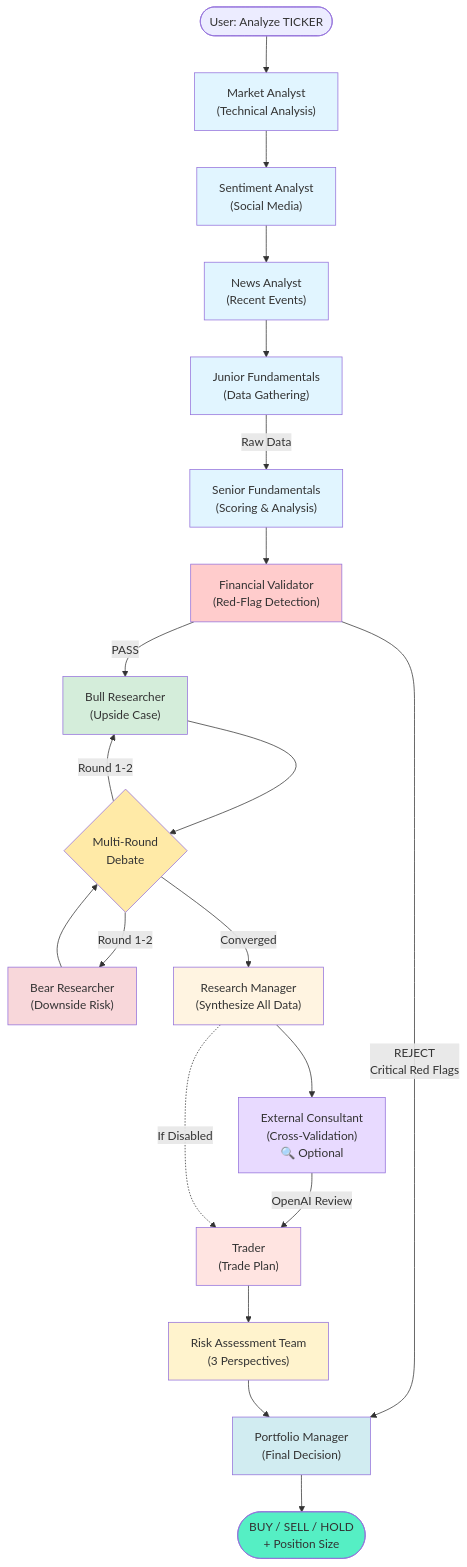
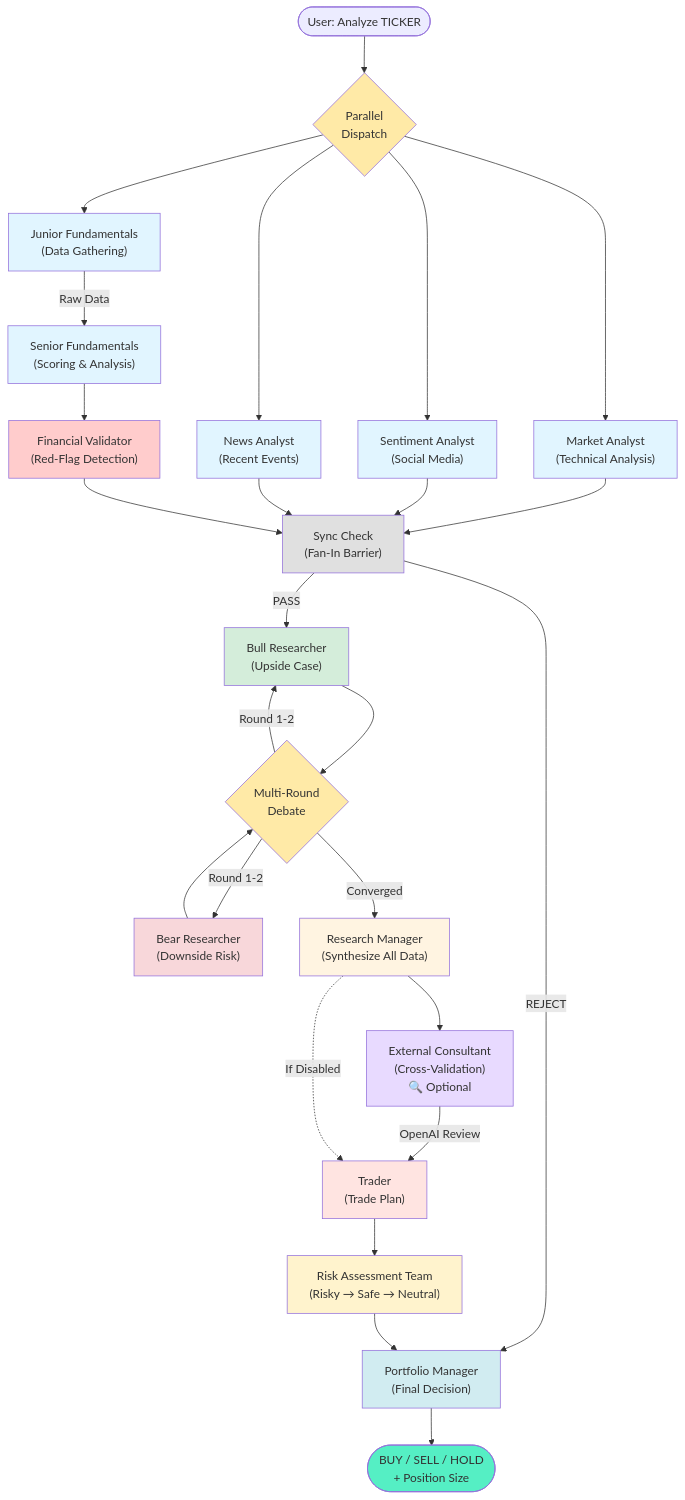
The diagram in README.md (rgoerwit/ai-investment-agent), drawn with Mermaid before and after one commit. The commit also changed other lines of this file and 4 other files, not shown here.

````diff
--- a/README.md
+++ b/README.md
@@ -40,48 +40,60 @@
 ```mermaid
 graph TB
-    Start([User: Analyze TICKER]) --> MarketAnalyst["Market Analyst<br/>(Technical Analysis)"]
+    Start([User: Analyze TICKER]) --> Dispatcher{Parallel<br/>Dispatch}
 
-    MarketAnalyst --> SentimentAnalyst["Sentiment Analyst<br/>(Social Media)"]
-    SentimentAnalyst --> NewsAnalyst["News Analyst<br/>(Recent Events)"]
-    NewsAnalyst --> JuniorFund["Junior Fundamentals<br/>(Data Gathering)"]
+    %% Parallel Fan-Out: 4 branches run simultaneously
+    Dispatcher --> MarketAnalyst["Market Analyst<br/>(Technical Analysis)"]
+    Dispatcher --> SentimentAnalyst["Sentiment Analyst<br/>(Social Media)"]
+    Dispatcher --> NewsAnalyst["News Analyst<br/>(Recent Events)"]
+    Dispatcher --> JuniorFund["Junior Fundamentals<br/>(Data Gathering)"]
+
+    %% Each analyst has tool-calling loop (simplified)
+    MarketAnalyst --> SyncCheck["Sync Check<br/>(Fan-In Barrier)"]
+    SentimentAnalyst --> SyncCheck
+    NewsAnalyst --> SyncCheck
+
+    %% Fundamentals chain is longer
     JuniorFund -->|Raw Data| SeniorFund["Senior Fundamentals<br/>(Scoring & Analysis)"]
+    SeniorFund --> Validator["Financial Validator<br/>(Red-Flag Detection)"]
+    Validator --> SyncCheck
 
-    SeniorFund --> Validator["Financial Validator<br/>(Red-Flag Detection)"]
-
-    Validator -->|REJECT<br/>Critical Red Flags| PortfolioManager["Portfolio Manager<br/>(Final Decision)"]
-    Validator -->|PASS| BullResearcher["Bull Researcher<br/>(Upside Case)"]
+    %% After all 4 branches complete
+    SyncCheck -->|REJECT| PortfolioManager["Portfolio Manager<br/>(Final Decision)"]
+    SyncCheck -->|PASS| BullResearcher["Bull Researcher<br/>(Upside Case)"]
 
     BullResearcher --> Debate{Multi-Round<br/>Debate}
     BearResearcher["Bear Researcher<br/>(Downside Risk)"] --> Debate
 
     Debate -->|Round 1-2| BullResearcher
     Debate -->|Round 1-2| BearResearcher
     Debate -->|Converged| ResearchManager["Research Manager<br/>(Synthesize All Data)"]
 
     ResearchManager --> Consultant["External Consultant<br/>(Cross-Validation)<br/>🔍 Optional"]
 
     Consultant -->|OpenAI Review| Trader["Trader<br/>(Trade Plan)"]
     ResearchManager -.->|If Disabled| Trader
 
-    Trader --> RiskTeam["Risk Assessment Team<br/>(3 Perspectives)"]
+    Trader --> RiskTeam["Risk Assessment Team<br/>(Risky → Safe → Neutral)"]
 
     RiskTeam --> PortfolioManager
 
     PortfolioManager --> Decision([BUY / SELL / HOLD<br/>+ Position Size])
 
+    style Dispatcher fill:#ffeaa7
     style MarketAnalyst fill:#e1f5ff
     style NewsAnalyst fill:#e1f5ff
     style SentimentAnalyst fill:#e1f5ff
     style JuniorFund fill:#e1f5ff
     style SeniorFund fill:#e1f5ff
     style Validator fill:#ffcccc
+    style SyncCheck fill:#e0e0e0
     style ResearchManager fill:#fff4e1
     style BullResearcher fill:#d4edda
     style BearResearcher fill:#f8d7da
     style Consultant fill:#e8daff
     style Trader fill:#ffe4e1
     style RiskTeam fill:#fff3cd
     style PortfolioManager fill:#d1ecf1
     style Debate fill:#ffeaa7
     style Decision fill:#55efc4
 ```
````
